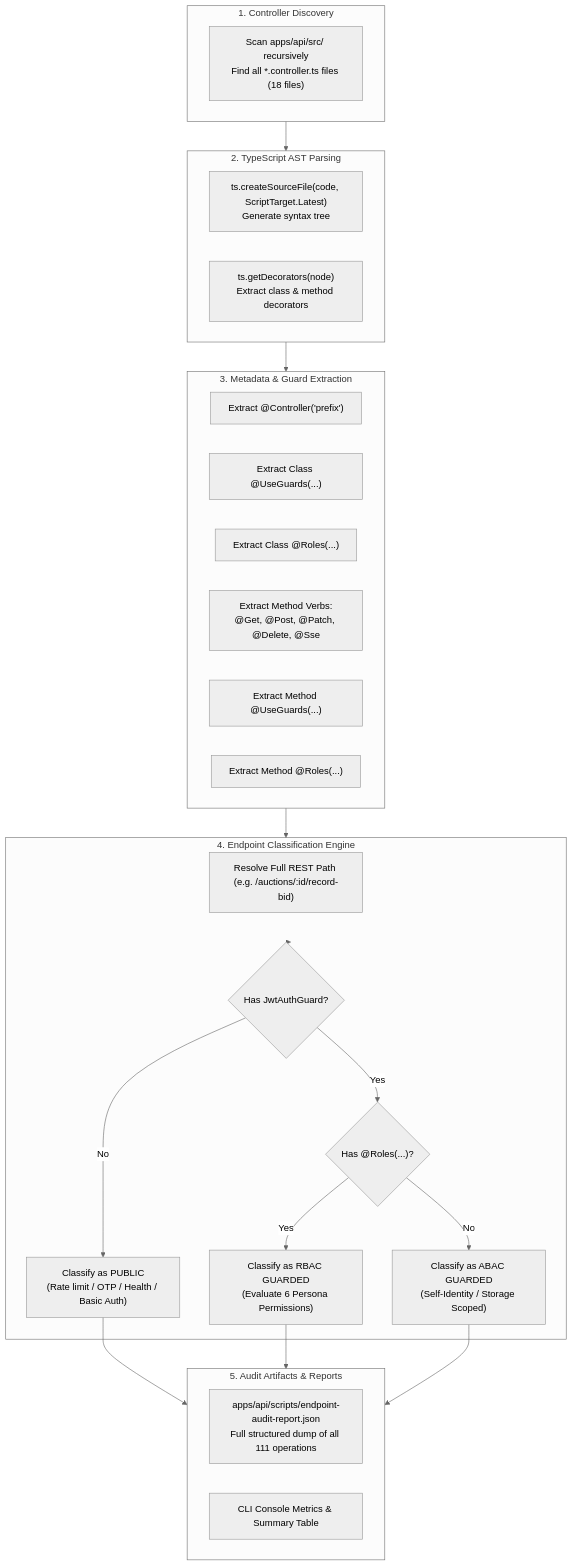
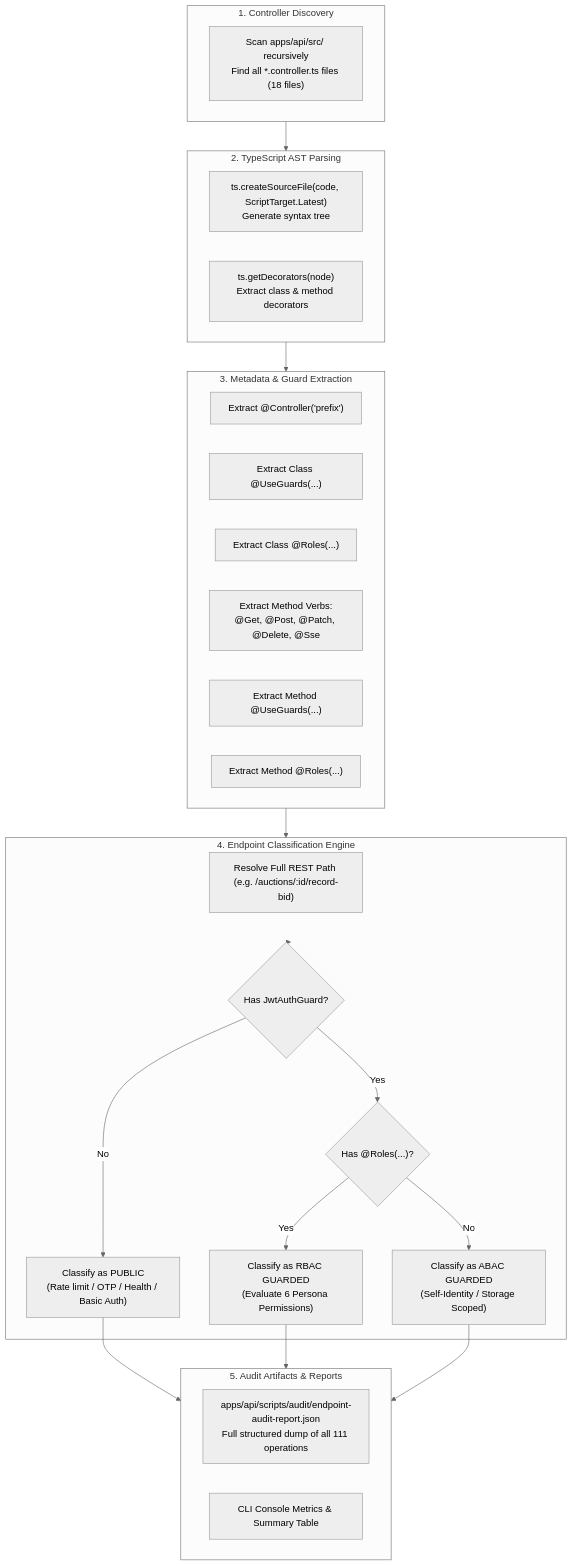
Before and after one commit to Kathir-24/Kumaran-finance: the diagram in apps/api/scripts/docs/audit-persona-enforcement.md, drawn with Mermaid (neutral theme). The commit also changed other lines of this file and 77 other files, not shown here.

````diff
--- a/apps/api/scripts/docs/audit-persona-enforcement.md
+++ b/apps/api/scripts/docs/audit-persona-enforcement.md
@@ -37,46 +37,46 @@
 ```mermaid
 flowchart TD
     subgraph Discovery ["1. Controller Discovery"]
         Scan["Scan apps/api/src/ recursively\nFind all *.controller.ts files (18 files)"]
     end
 
     subgraph AST_Parser ["2. TypeScript AST Parsing"]
         TS["ts.createSourceFile(code, ScriptTarget.Latest)\nGenerate syntax tree"]
         Dec["ts.getDecorators(node)\nExtract class & method decorators"]
     end
 
     subgraph Extraction ["3. Metadata & Guard Extraction"]
         C_Route["Extract @Controller('prefix')"]
         C_Guards["Extract Class @UseGuards(...)"]
         C_Roles["Extract Class @Roles(...)"]
         M_Verb["Extract Method Verbs:\n@Get, @Post, @Patch, @Delete, @Sse"]
         M_Guards["Extract Method @UseGuards(...)"]
         M_Roles["Extract Method @Roles(...)"]
     end
 
     subgraph Classifier ["4. Endpoint Classification Engine"]
         RouteBuilder["Resolve Full REST Path (e.g. /auctions/:id/record-bid)"]
         PublicCheck{"Has JwtAuthGuard?"}
         RolesCheck{"Has @Roles(...)?"}
         Cat_Public["Classify as PUBLIC\n(Rate limit / OTP / Health / Basic Auth)"]
         Cat_RBAC["Classify as RBAC GUARDED\n(Evaluate 6 Persona Permissions)"]
         Cat_ABAC["Classify as ABAC GUARDED\n(Self-Identity / Storage Scoped)"]
     end
 
     subgraph Outputs ["5. Audit Artifacts & Reports"]
-        JSON["apps/api/scripts/endpoint-audit-report.json\nFull structured dump of all 111 operations"]
+        JSON["apps/api/scripts/audit/endpoint-audit-report.json\nFull structured dump of all 111 operations"]
         CLI["CLI Console Metrics & Summary Table"]
     end
 
     Discovery --> AST_Parser
     AST_Parser --> Extraction
     Extraction --> Classifier
     Classifier --> PublicCheck
     PublicCheck -- No --> Cat_Public
     PublicCheck -- Yes --> RolesCheck
     RolesCheck -- Yes --> Cat_RBAC
     RolesCheck -- No --> Cat_ABAC
     Cat_Public --> Outputs
     Cat_RBAC --> Outputs
     Cat_ABAC --> Outputs
 ```
````
